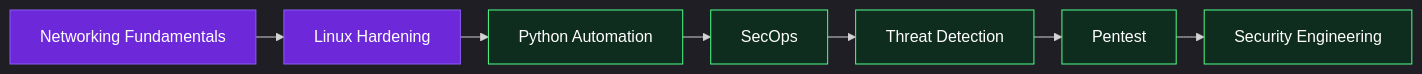
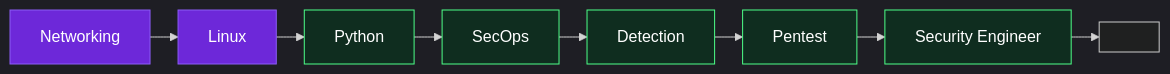
Before and after one commit to niduwara-j/niduwara-j: the diagram in README.md, drawn with Mermaid.

````diff
--- a/README.md
+++ b/README.md
@@ -83,16 +83,17 @@
 ```mermaid
 %%{init: {'theme':'dark','flowchart':{'nodeSpacing':18,'rankSpacing':28}}}%%
 flowchart LR
-    A[Networking Fundamentals] --> B[Linux Hardening]
-    B --> C[Python Automation]
+    A[Networking] --> B[Linux]
+    B --> C[Python]
     C --> D[SecOps]
-    D --> E[Threat Detection]
+    D --> E[Detection]
     E --> F[Pentest]
-    F --> G[Security Engineering]
+    F --> G[Security Engineer]
+    G --> H[" "]
 
     classDef purple fill:#6d28d9,stroke:#8b5cf6,color:#ffffff;
     classDef green fill:#0f2d1f,stroke:#4DFF88,color:#ffffff;
 
     class A,B purple;
     class C,D,E,F,G green;
 ```
````
